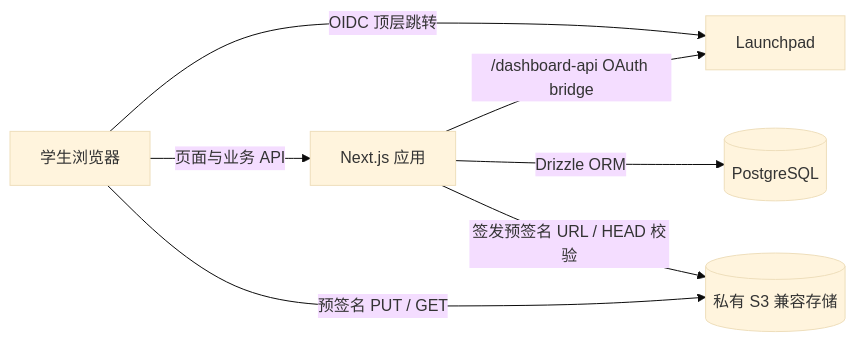
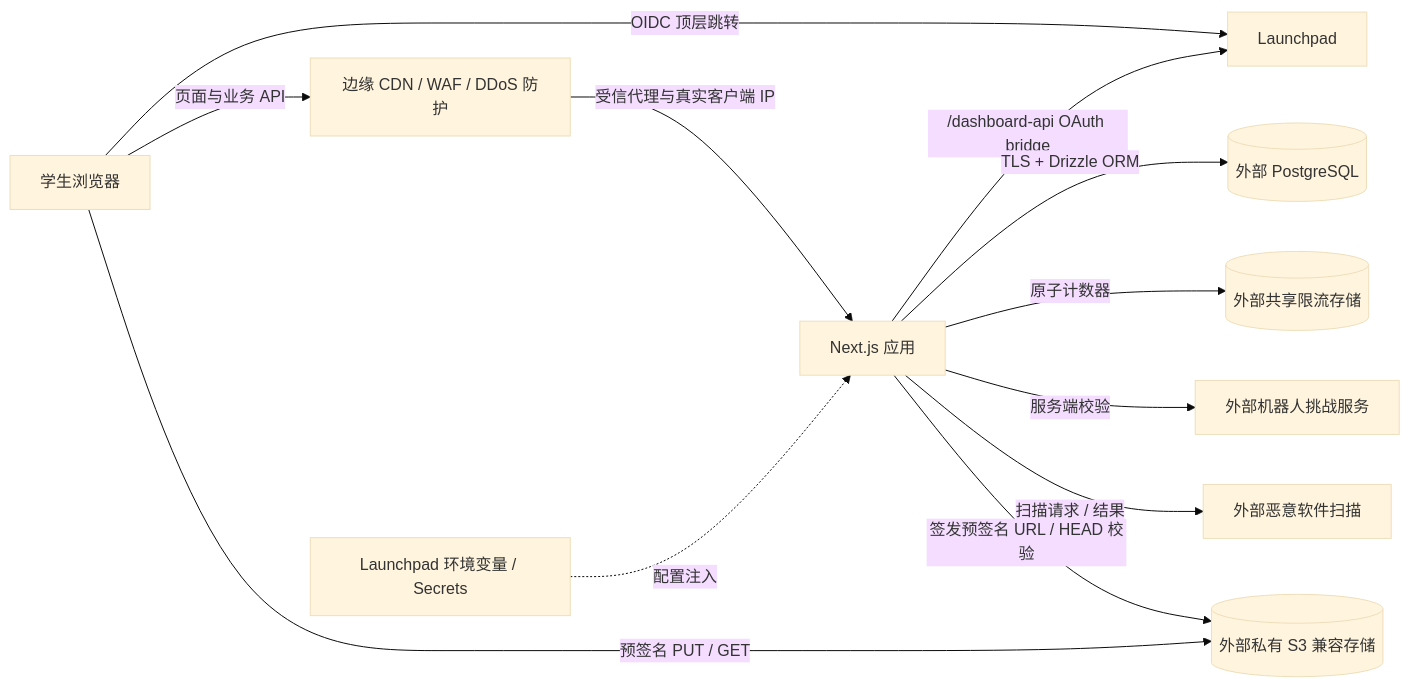
The diagram in SHSID-Online-PRD.md (summerliang74/sider), drawn with Mermaid (base theme) before and after one commit. The commit also changed other lines of this file and 114 other files, not shown here.

````diff
--- a/SHSID-Online-PRD.md
+++ b/SHSID-Online-PRD.md
@@ -263,9 +321,14 @@
 ```mermaid
 flowchart LR
-    U[学生浏览器] -->|页面与业务 API| N[Next.js 应用]
+    U[学生浏览器] -->|页面与业务 API| E[边缘 CDN / WAF / DDoS 防护]
+    E -->|受信代理与真实客户端 IP| N[Next.js 应用]
     U -->|OIDC 顶层跳转| L[Launchpad]
     N -->|/dashboard-api OAuth bridge| L
-    N -->|Drizzle ORM| P[(PostgreSQL)]
-    N -->|签发预签名 URL / HEAD 校验| S[(私有 S3 兼容存储)]
+    V[Launchpad 环境变量 / Secrets] -.->|配置注入| N
+    N -->|TLS + Drizzle ORM| P[(外部 PostgreSQL)]
+    N -->|原子计数器| R[(外部共享限流存储)]
+    N -->|服务端校验| B[外部机器人挑战服务]
+    N -->|扫描请求 / 结果| M[外部恶意软件扫描]
+    N -->|签发预签名 URL / HEAD 校验| S[(外部私有 S3 兼容存储)]
     U -->|预签名 PUT / GET| S
 ```
````
